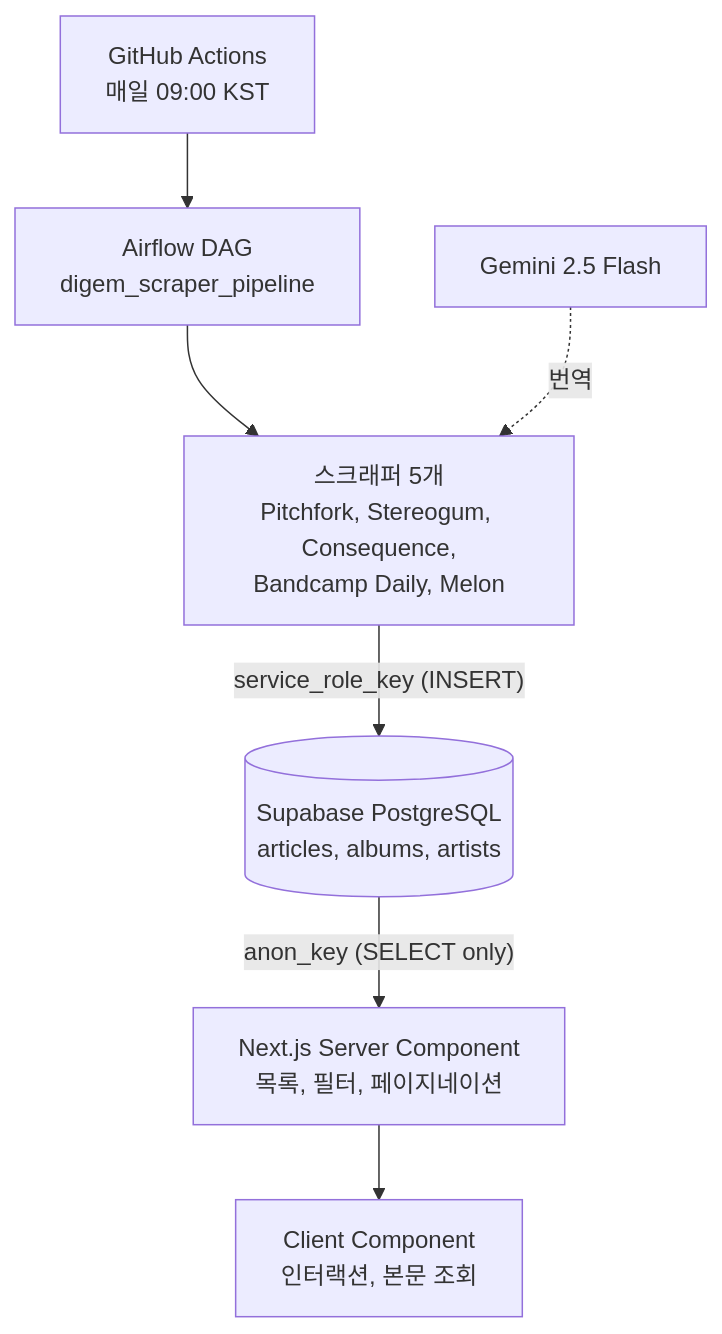
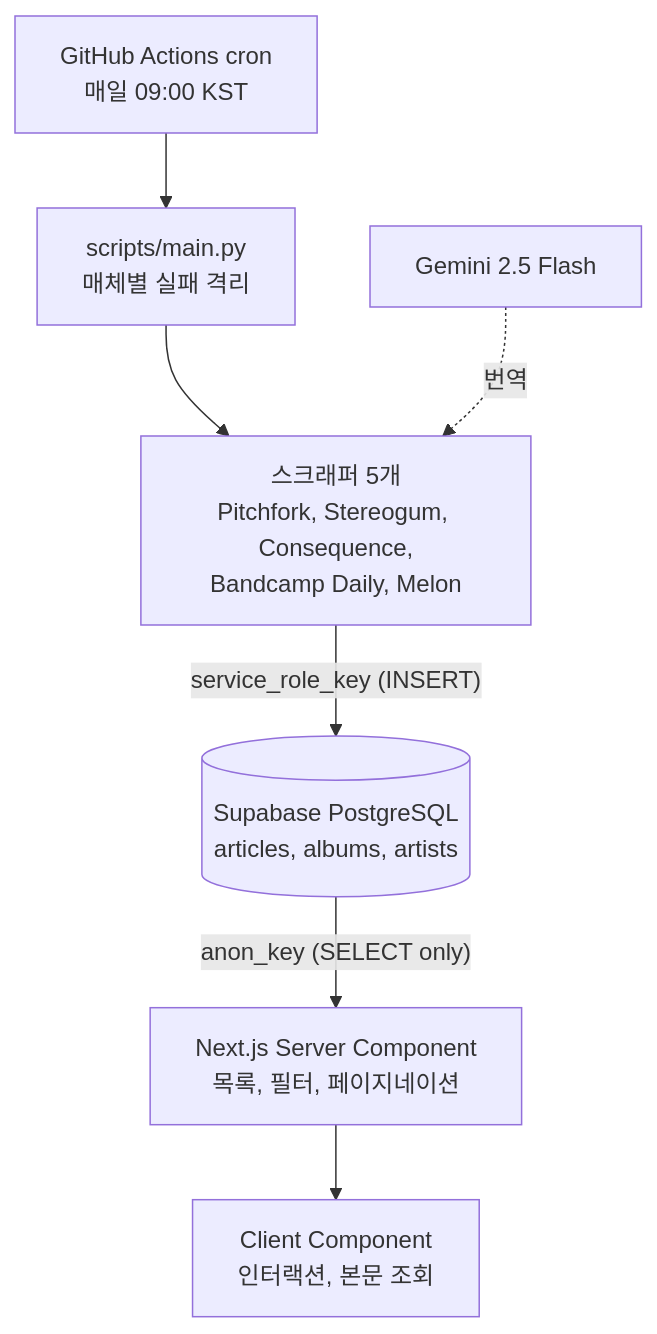
The first of 2 diagrams in README.md (prgmd/digem), drawn with Mermaid before and after one commit. The commit also changed other lines of this file and 6 other files, not shown here.

````diff
--- a/README.md
+++ b/README.md
@@ -34,15 +33,15 @@
 ```mermaid
 flowchart TB
-    GA["GitHub Actions<br/>매일 09:00 KST"]
-    AF["Airflow DAG<br/>digem_scraper_pipeline"]
+    GA["GitHub Actions cron<br/>매일 09:00 KST"]
+    MN["scripts/main.py<br/>매체별 실패 격리"]
     SC["스크래퍼 5개<br/>Pitchfork, Stereogum, Consequence,<br/>Bandcamp Daily, Melon"]
     GM["Gemini 2.5 Flash"]
     DB[("Supabase PostgreSQL<br/>articles, albums, artists")]
     SV["Next.js Server Component<br/>목록, 필터, 페이지네이션"]
     CL["Client Component<br/>인터랙션, 본문 조회"]
 
-    GA --> AF --> SC
+    GA --> MN --> SC
     GM -. 번역 .-> SC
     SC -- "service_role_key (INSERT)" --> DB
     DB -- "anon_key (SELECT only)" --> SV --> CL
 ```
````
